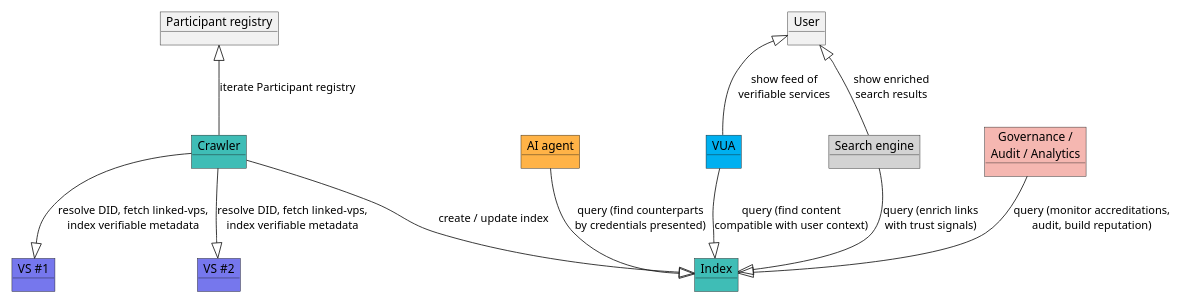
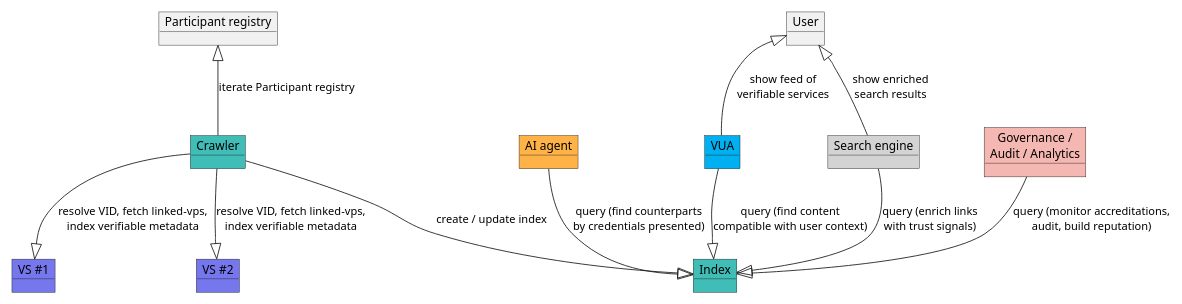
Before and after one commit to verana-labs/verifiable-trust-vpr-spec: the sixth of 21 diagrams in spec.md, drawn with PlantUML. The commit also changed other lines of this file, not shown here.

First line of the commit message:
feat(spec): rename DID to VID (verifiable identifier) for TSP forward compatibility

````diff
--- a/spec.md
+++ b/spec.md
@@ -614,34 +614,34 @@
 ```plantuml
 
 @startuml
 scale max 1000 width
 
 object "Participant registry" as didd
 object "Crawler" as crawler #3fbdb6
 object "Index" as index #3fbdb6
 
 object "VS #1" as dts1 #7677ed
 object "VS #2" as dts2 #7677ed
 
 object "AI agent" as aiagent #ffb347
 object "VUA" as browser #00b0f0
 object "Search engine" as search #d3d3d3
 object "Governance /\nAudit / Analytics" as gov #f5b7b1
 
 object "User" as user
 
 didd <|-- crawler : iterate Participant registry
-crawler --|> dts1 : resolve DID, fetch linked-vps,\nindex verifiable metadata
-crawler --|> dts2 : resolve DID, fetch linked-vps,\nindex verifiable metadata
+crawler --|> dts1 : resolve VID, fetch linked-vps,\nindex verifiable metadata
+crawler --|> dts2 : resolve VID, fetch linked-vps,\nindex verifiable metadata
 crawler --|> index : create / update index
 
 aiagent --|> index : query (find counterparts\nby credentials presented)
 browser --|> index : query (find content\ncompatible with user context)
 search --|> index : query (enrich links\nwith trust signals)
 gov --|> index : query (monitor accreditations,\naudit, build reputation)
 
 user <|-- browser : show feed of\nverifiable services
 user <|-- search : show enriched\nsearch results
 @enduml
 
 ```
````
